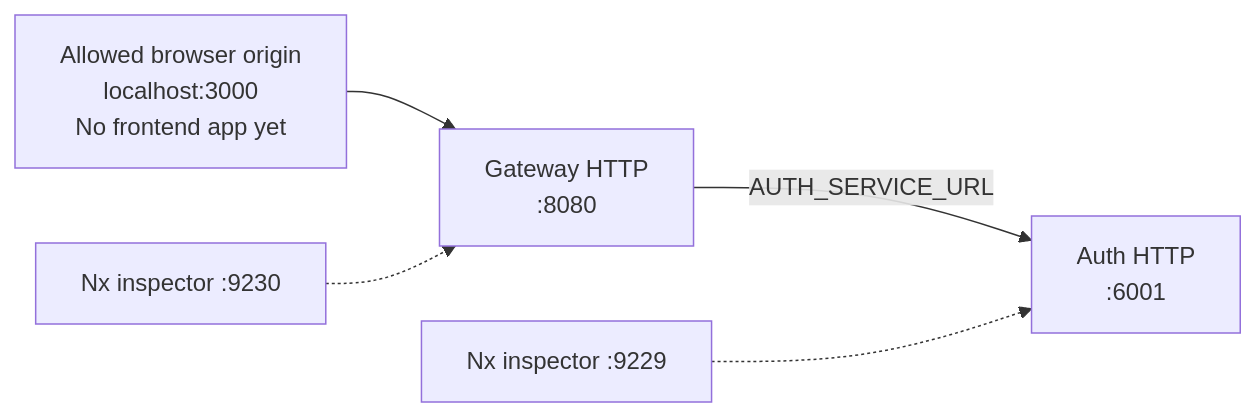
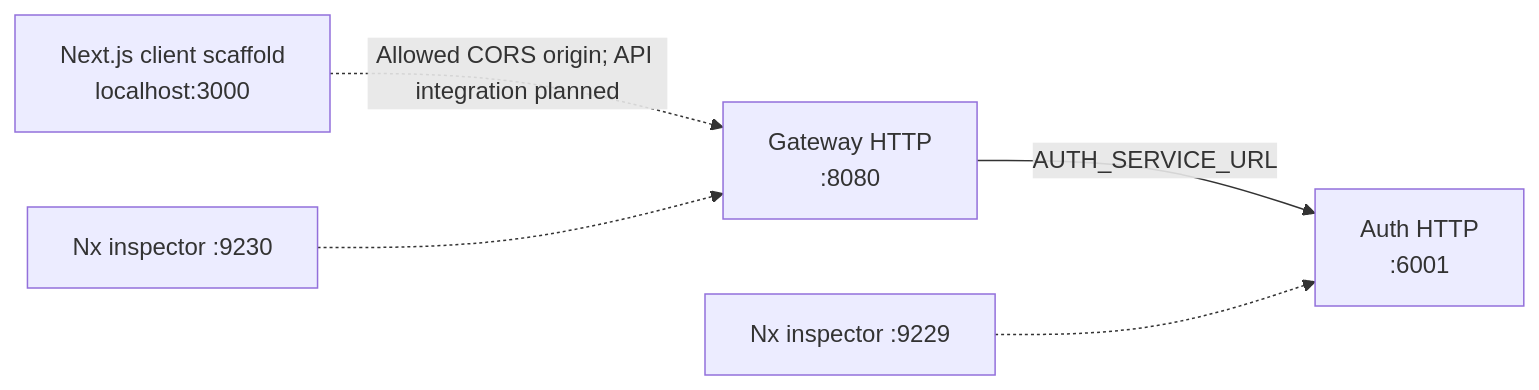
Before and after one commit to Kruskal892/Microservice-SaaS-E-commerce: the diagram in docs/reference/configuration.md, drawn with Mermaid. The commit also changed other lines of this file and 48 other files, not shown here.

Commit message:
Feat: add Next.js scaffold with Tailwind v4 design tokens, client scripts, and update documentation

````diff
--- a/docs/reference/configuration.md
+++ b/docs/reference/configuration.md
@@ -42,7 +42,7 @@
 ```mermaid
 flowchart LR
-    Browser["Allowed browser origin<br/>localhost:3000<br/>No frontend app yet"] --> Gateway["Gateway HTTP<br/>:8080"]
+    Browser["Next.js client scaffold<br/>localhost:3000"] -.->|"Allowed CORS origin; API integration planned"| Gateway["Gateway HTTP<br/>:8080"]
     Gateway -->|"AUTH_SERVICE_URL"| Auth["Auth HTTP<br/>:6001"]
     AuthDebug["Nx inspector :9229"] -.-> Auth
     GatewayDebug["Nx inspector :9230"] -.-> Gateway
 ```
````
